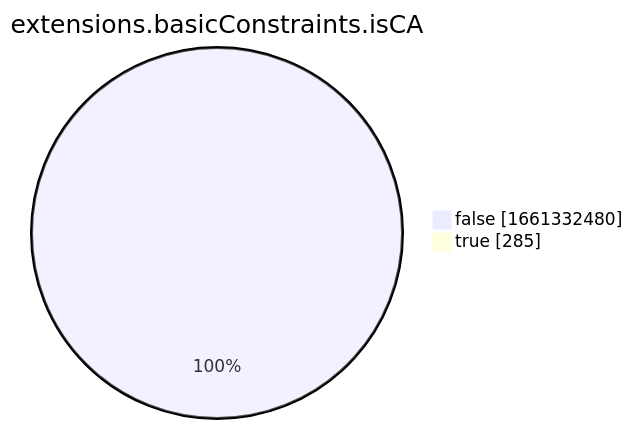
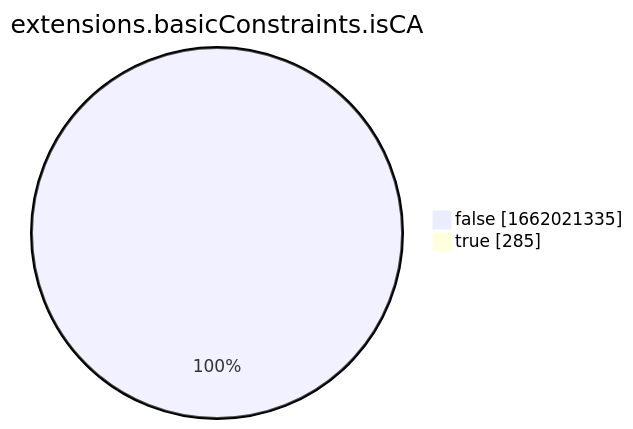
One commit to christiankrug/ctmonitor_visualization changed the eighth of 15 diagrams in xenon2022/README.md. Above: the diagram before and after it, drawn with Mermaid. The commit also changed other lines of this file, not shown here.

````diff
--- a/xenon2022/README.md
+++ b/xenon2022/README.md
@@ -2864,6 +2864,6 @@
 ```mermaid
 pie showData
 title extensions.basicConstraints.isCA
-"false" :1661332480
+"false" :1662021335
 "true" :285
 ```
````
